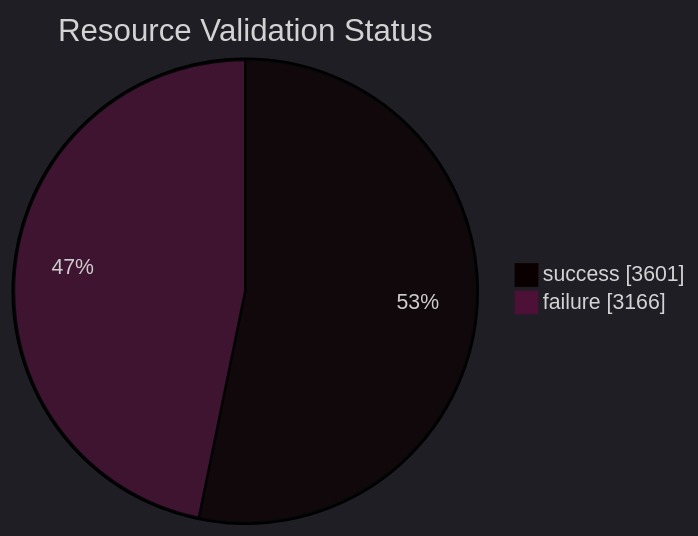
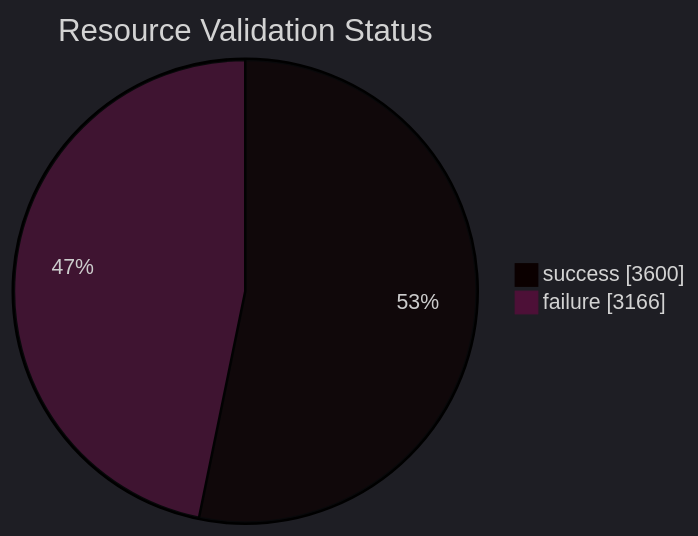
The diagram in datastore_tracker/resource_validation_status_pie_chart.md (open-data/analytics-corporate-reporting), drawn with Mermaid before and after one commit. The commit also changed 9 other files, not shown here.

````diff
--- a/datastore_tracker/resource_validation_status_pie_chart.md
+++ b/datastore_tracker/resource_validation_status_pie_chart.md
@@ -2,9 +2,9 @@
 ```mermaid
 ---
 config:
   theme: dark
 ---
 pie showData title Resource Validation Status
-    "success": 3601
+    "success": 3600
     "failure": 3166
 ```
````
